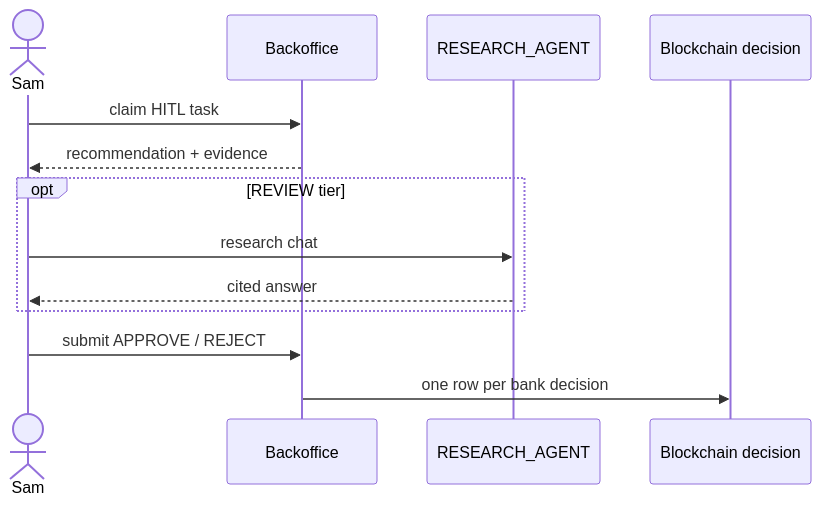
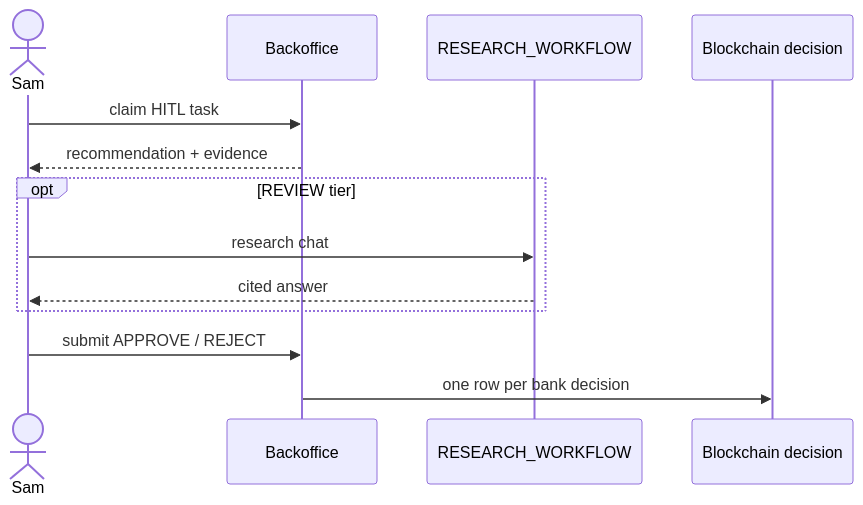
Before and after one commit to vmleon/oracle-database-private-agent-factory-poc: the fourth of 4 diagrams in README.md, drawn with Mermaid. The commit also changed other lines of this file and 15 other files, not shown here.

````diff
--- a/README.md
+++ b/README.md
@@ -69,15 +69,15 @@
 ```mermaid
 sequenceDiagram
     actor Sam
     participant BO as Backoffice
-    participant Research as RESEARCH_AGENT
+    participant Research as RESEARCH_WORKFLOW
     participant Decision as Blockchain decision
     Sam->>BO: claim HITL task
     BO-->>Sam: recommendation + evidence
     opt REVIEW tier
         Sam->>Research: research chat
         Research-->>Sam: cited answer
     end
     Sam->>BO: submit APPROVE / REJECT
     BO->>Decision: one row per bank decision
 ```
````
